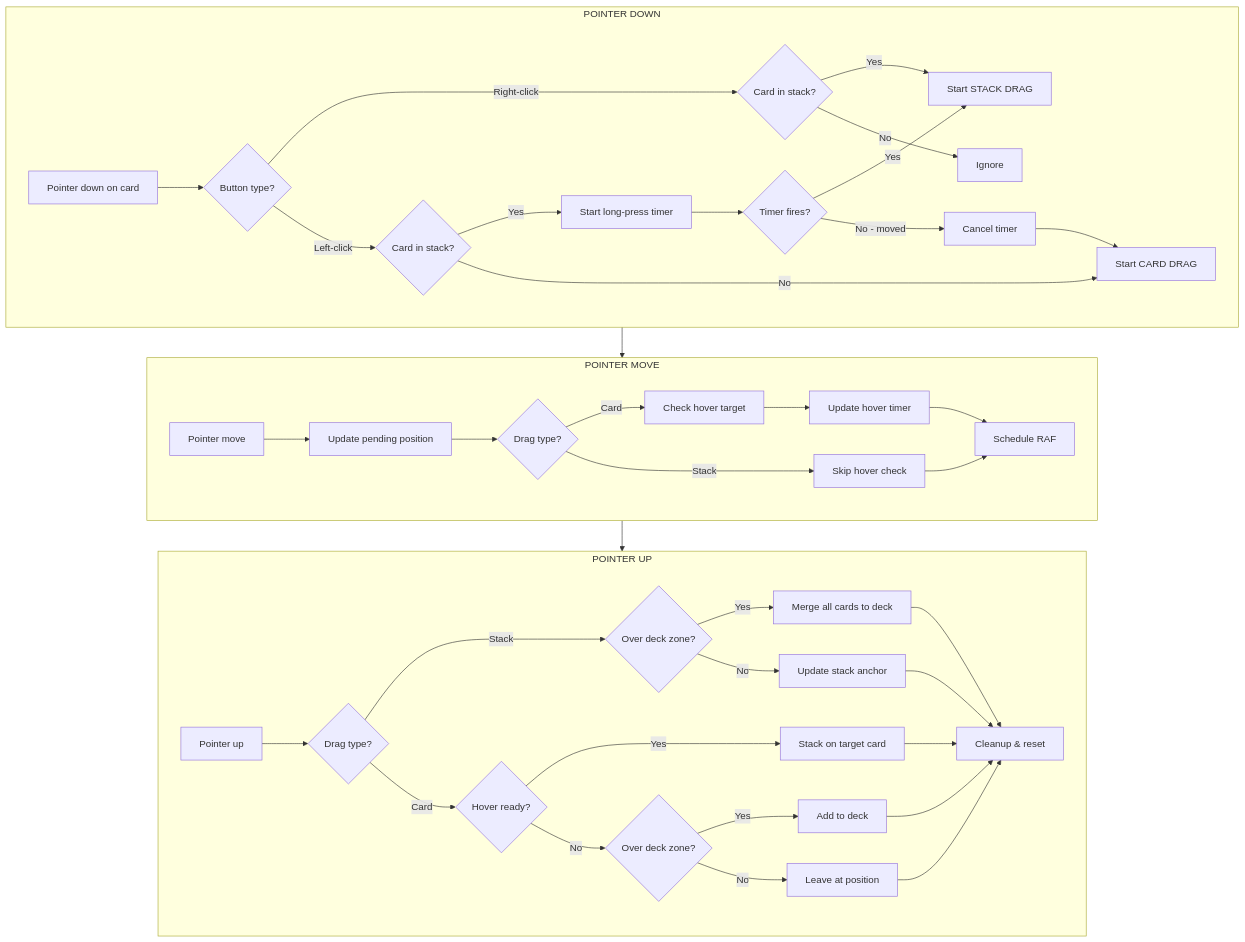
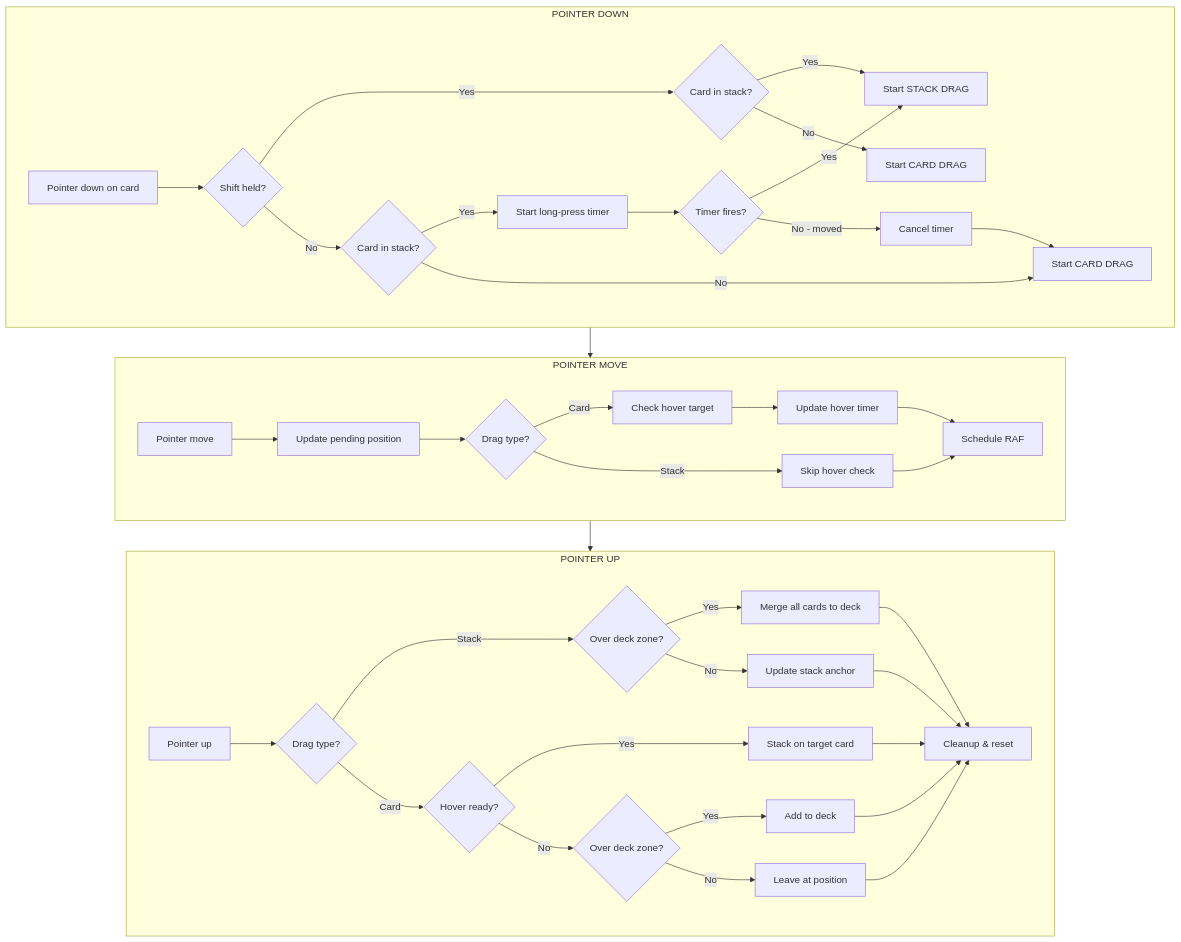
Before and after one commit to f0ursqu4r3/cardz: the diagram in docs/SPEC.md, drawn with Mermaid. The commit also changed other lines of this file and 2 other files, not shown here.

Commit message:
feat: update stack movement controls to use Shift + drag for better interaction

````diff
--- a/docs/SPEC.md
+++ b/docs/SPEC.md
@@ -267,46 +267,46 @@
 ```mermaid
 flowchart TD
     subgraph DOWN["POINTER DOWN"]
-        D1[Pointer down on card] --> D2{Button type?}
-        D2 -->|Right-click| D3{Card in stack?}
+        D1[Pointer down on card] --> D2{Shift held?}
+        D2 -->|Yes| D3{Card in stack?}
         D3 -->|Yes| D4[Start STACK DRAG]
-        D3 -->|No| D5[Ignore]
-        D2 -->|Left-click| D6{Card in stack?}
+        D3 -->|No| D5[Start CARD DRAG]
+        D2 -->|No| D6{Card in stack?}
         D6 -->|Yes| D7[Start long-press timer]
         D6 -->|No| D8[Start CARD DRAG]
         D7 --> D9{Timer fires?}
         D9 -->|Yes| D4
         D9 -->|No - moved| D10[Cancel timer]
         D10 --> D8
     end
 
     subgraph MOVE["POINTER MOVE"]
         M1[Pointer move] --> M2[Update pending position]
         M2 --> M3{Drag type?}
         M3 -->|Card| M4[Check hover target]
         M4 --> M5[Update hover timer]
         M3 -->|Stack| M6[Skip hover check]
         M5 --> M7[Schedule RAF]
         M6 --> M7
     end
 
     subgraph UP["POINTER UP"]
         U1[Pointer up] --> U2{Drag type?}
         U2 -->|Stack| U3{Over deck zone?}
         U3 -->|Yes| U4[Merge all cards to deck]
         U3 -->|No| U5[Update stack anchor]
         U2 -->|Card| U6{Hover ready?}
         U6 -->|Yes| U7[Stack on target card]
         U6 -->|No| U8{Over deck zone?}
         U8 -->|Yes| U9[Add to deck]
         U8 -->|No| U10[Leave at position]
         U4 --> U11[Cleanup & reset]
         U5 --> U11
         U7 --> U11
         U9 --> U11
         U10 --> U11
     end
 
     DOWN --> MOVE
     MOVE --> UP
 ```
````
